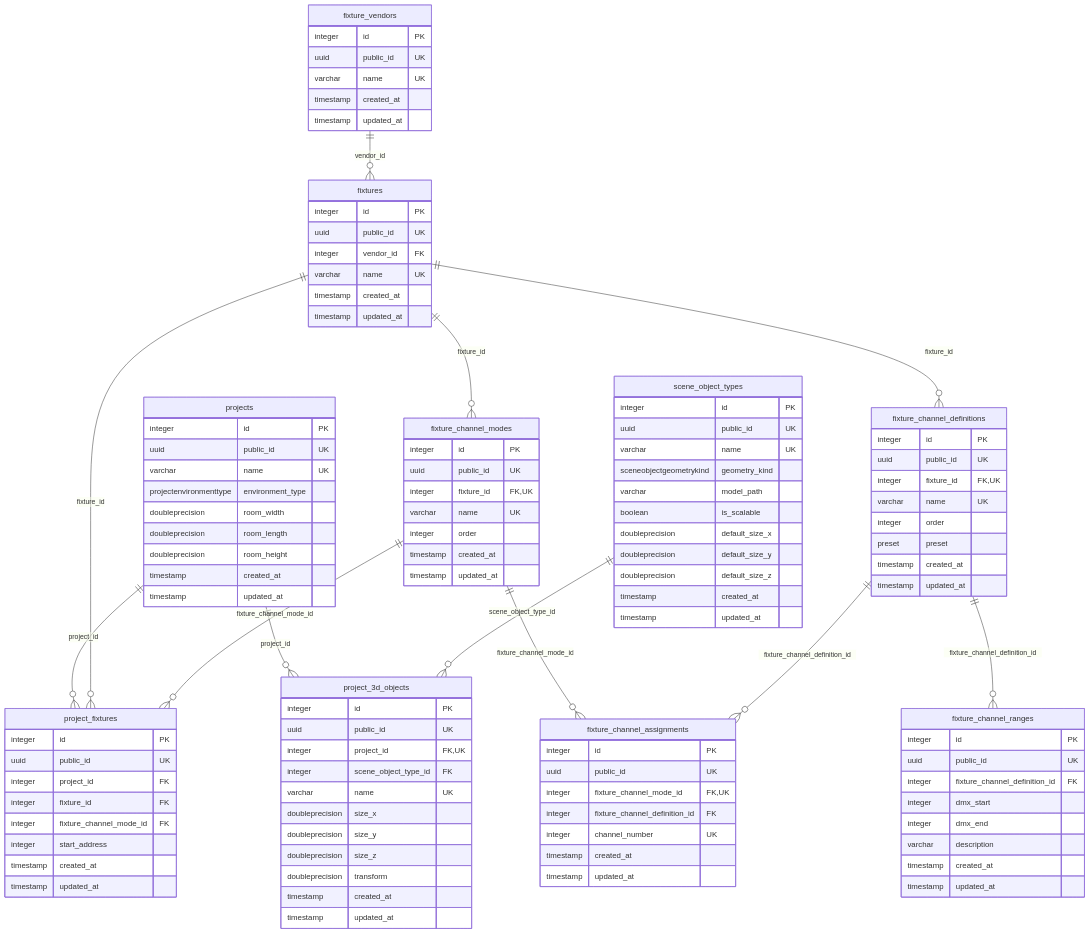
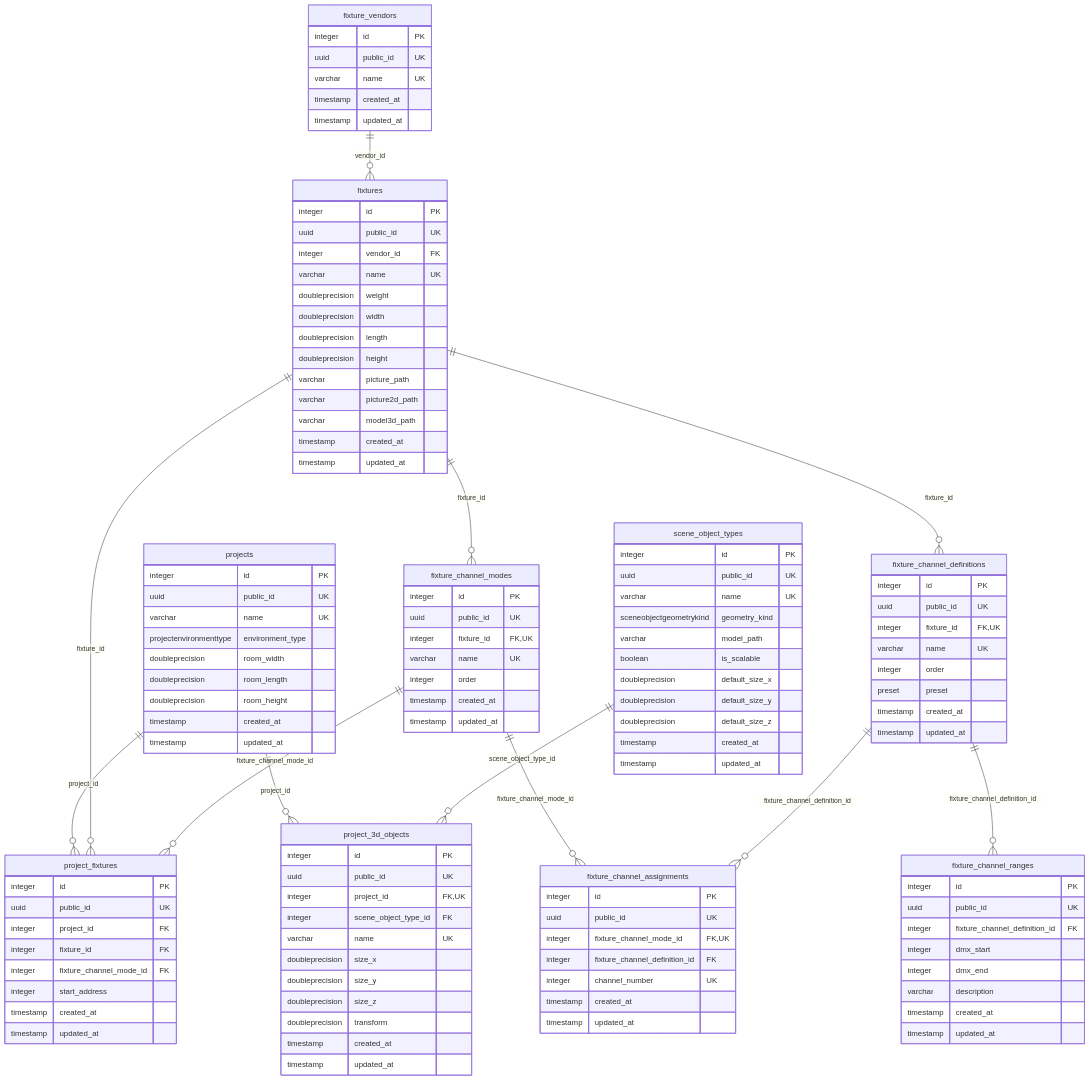
Before and after one commit to hsimpson/dmx-light-control: the diagram in apps/backend/docs/database-schema.md, drawn with Mermaid. The commit also changed 112 other files, not shown here.

```diff
--- a/apps/backend/docs/database-schema.md
+++ b/apps/backend/docs/database-schema.md
@@ -20,6 +20,13 @@
         uuid public_id UK
         integer vendor_id FK
         varchar name UK
+        doubleprecision weight
+        doubleprecision width
+        doubleprecision length
+        doubleprecision height
+        varchar picture_path
+        varchar picture2d_path
+        varchar model3d_path
         timestamp created_at
         timestamp updated_at
     }
```
